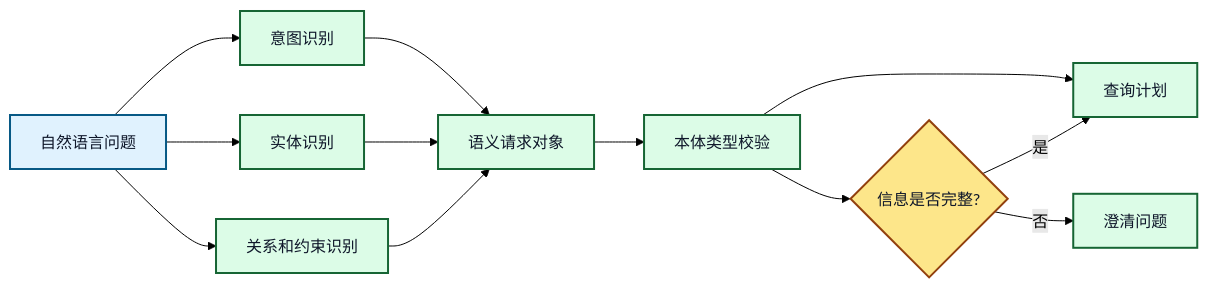
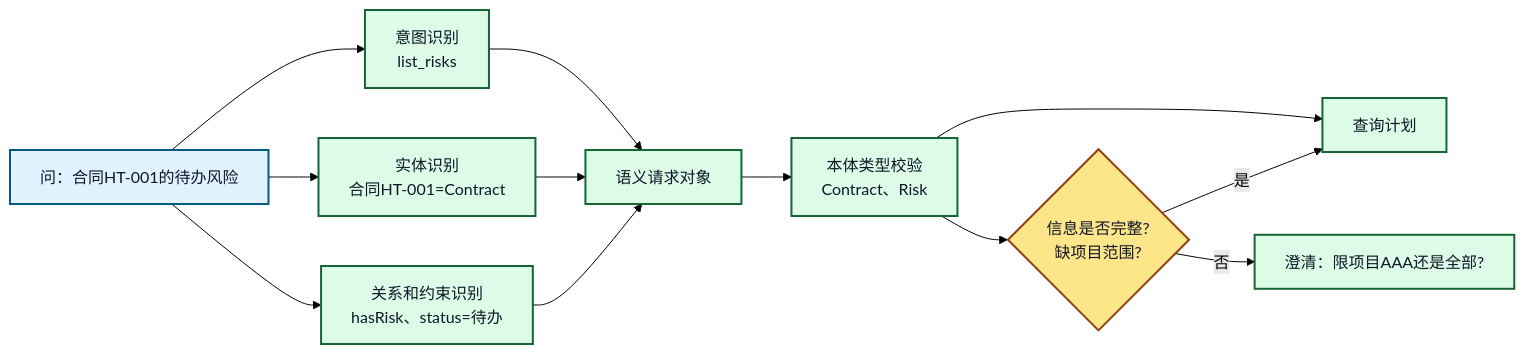
The second of 4 diagrams in 本体论-agent/05-Agent集成/13.本体论驱动的意图识别和查询规划.md (sealzrt/2026-08--agent), drawn with Mermaid (forest theme) before and after one commit. The commit also changed other lines of this file and 62 other files, not shown here.

````diff
--- a/本体论-agent/05-Agent集成/13.本体论驱动的意图识别和查询规划.md
+++ b/本体论-agent/05-Agent集成/13.本体论驱动的意图识别和查询规划.md
@@ -24,21 +76,21 @@
 ```mermaid
 flowchart LR
-    Q[自然语言问题] --> I[意图识别]
-    Q --> E[实体识别]
-    Q --> R[关系和约束识别]
+    Q[问：合同HT-001的待办风险] --> I[意图识别<br/>list_risks]
+    Q --> E[实体识别<br/>合同HT-001=Contract]
+    Q --> R[关系和约束识别<br/>hasRisk、status=待办]
     I --> S[语义请求对象]
     E --> S
     R --> S
-    S --> O[本体类型校验]
+    S --> O[本体类型校验<br/>Contract、Risk]
     O --> P[查询计划]
-    O --> C{信息是否完整?}
-    C -->|否| A[澄清问题]
+    O --> C{信息是否完整?<br/>缺项目范围?}
+    C -->|否| A[澄清：限项目AAA还是全部?]
     C -->|是| P
 
     classDef input fill:#E0F2FE,stroke:#075985,color:#0F172A,stroke-width:2px;
     classDef semantic fill:#DCFCE7,stroke:#166534,color:#0F172A,stroke-width:2px;
     classDef decision fill:#FDE68A,stroke:#92400E,color:#0F172A,stroke-width:2px;
     class Q input;
     class I,E,R,S,O,P,A semantic;
     class C decision;
 ```
````
